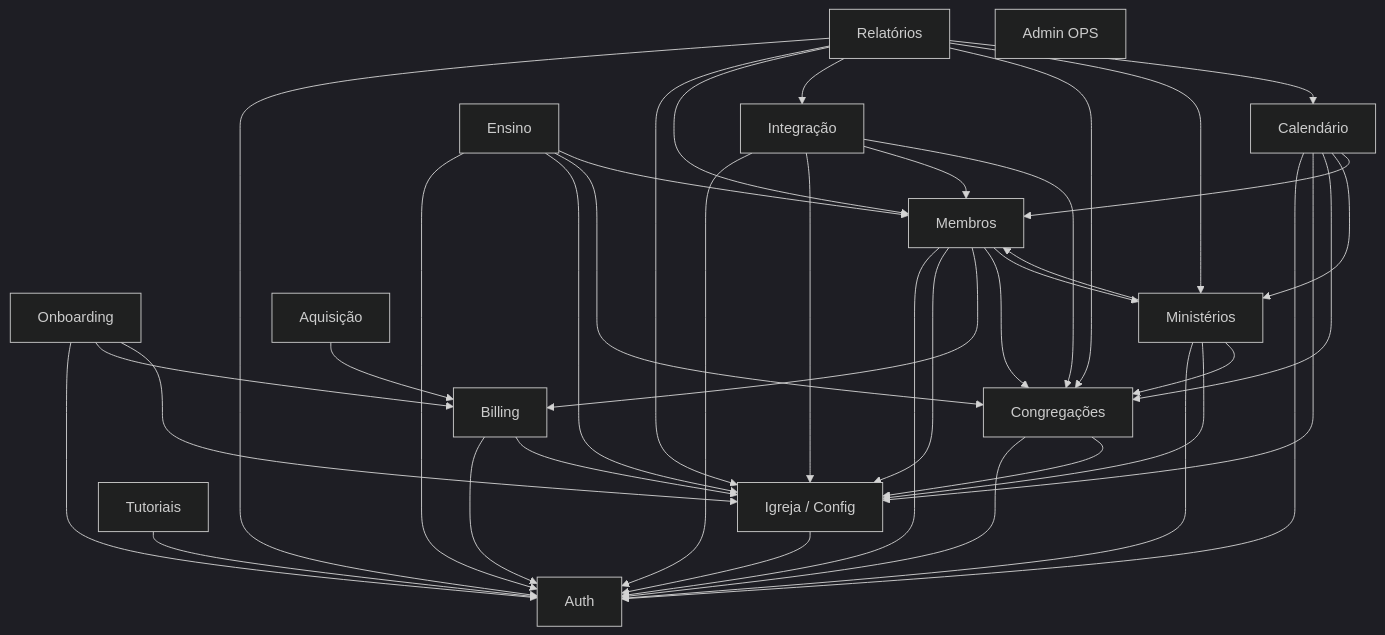
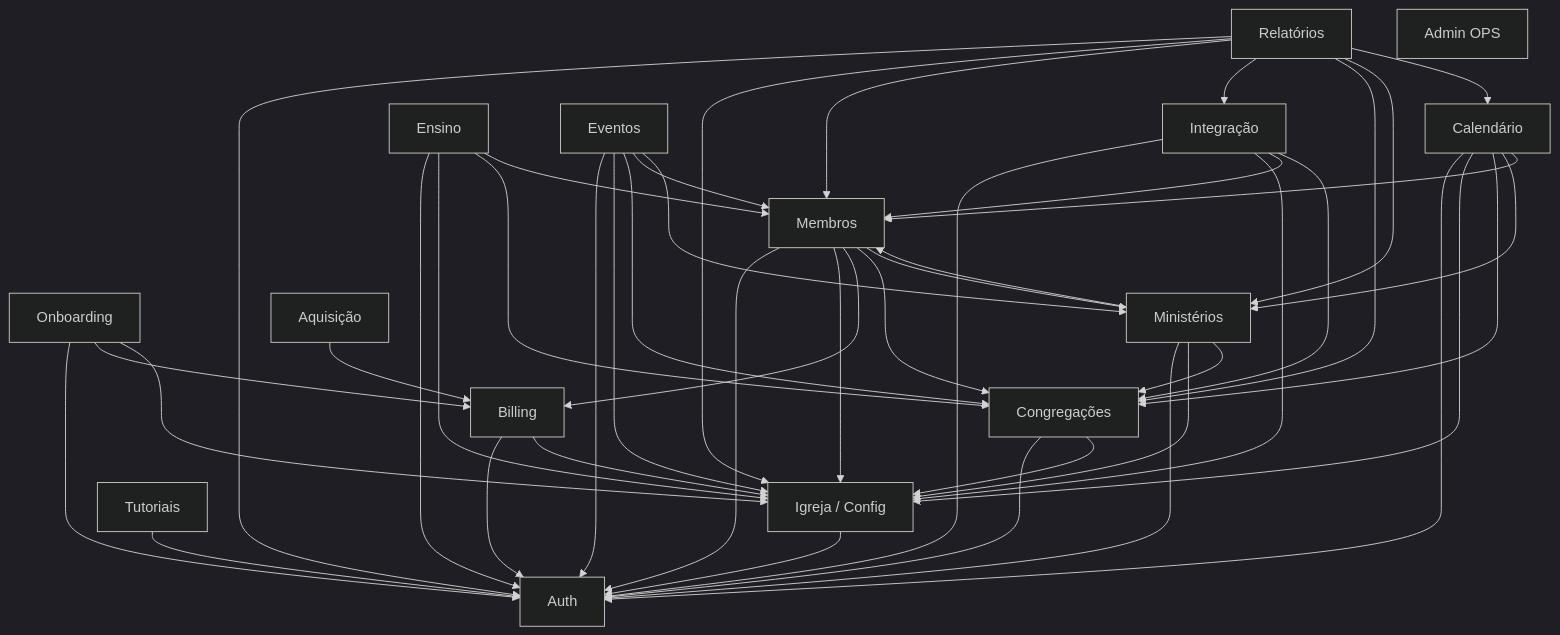
The diagram in docs/04_modulos/index.md (vinic-asouza/flock), drawn with Mermaid (dark theme) before and after one commit. The commit also changed other lines of this file and 7 other files, not shown here.

First line of the commit message:
docs(events): document Eventos module and BR-EVT rules

````diff
--- a/docs/04_modulos/index.md
+++ b/docs/04_modulos/index.md
@@ -31,66 +31,73 @@
 ```mermaid
 graph TD
   AUTH[Auth]
   ONB[Onboarding]
   MEM[Membros]
   INT[Integração]
   CON[Congregações]
   GRP[Ministérios]
   ENS[Ensino]
+  EVT[Eventos]
   CAL[Calendário]
   REL[Relatórios]
   CFG[Igreja / Config]
   BILL[Billing]
   ACQ[Aquisição]
   TUT[Tutoriais]
   OPS[Admin OPS]
 
   ONB --> AUTH
   ONB --> BILL
   ONB --> CFG
 
   MEM --> AUTH
   MEM --> CFG
   MEM --> BILL
   MEM --> CON
   MEM --> GRP
 
   INT --> AUTH
   INT --> CFG
   INT --> MEM
   INT --> CON
 
   CON --> AUTH
   CON --> CFG
 
   GRP --> AUTH
   GRP --> CFG
   GRP --> CON
   GRP --> MEM
 
   ENS --> AUTH
   ENS --> CFG
   ENS --> CON
   ENS --> MEM
 
+  EVT --> AUTH
+  EVT --> CFG
+  EVT --> CON
+  EVT --> MEM
+  EVT --> GRP
+
   CAL --> AUTH
   CAL --> CFG
   CAL --> CON
   CAL --> GRP
   CAL --> MEM
 
   REL --> AUTH
   REL --> CFG
   REL --> MEM
   REL --> INT
   REL --> CON
   REL --> GRP
   REL --> CAL
 
   CFG --> AUTH
   BILL --> AUTH
   BILL --> CFG
 
   ACQ --> BILL
   TUT --> AUTH
 ```
````
